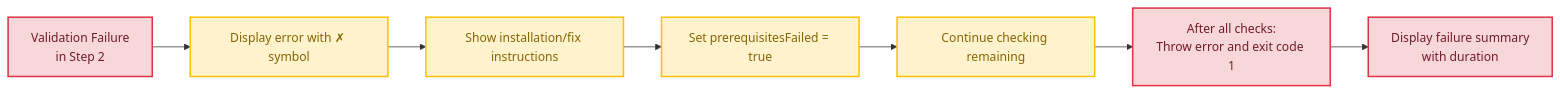
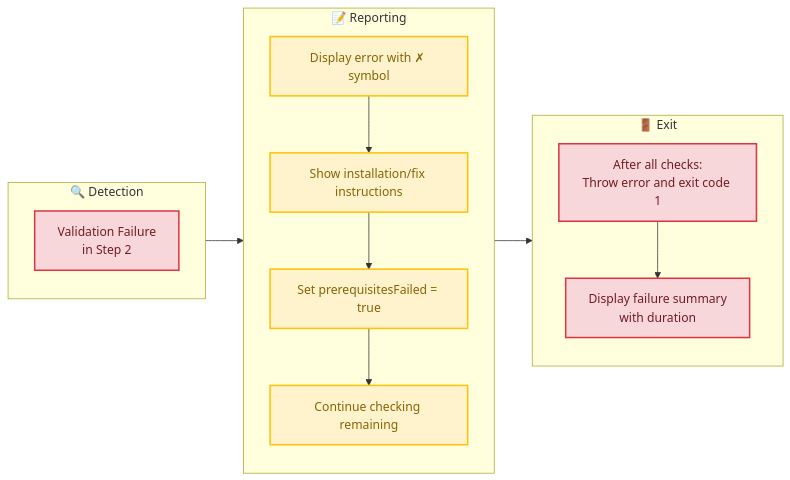
The fifth of 7 diagrams in docs/hooks/VALIDATION-WORKFLOW.md (Evilazaro/Azure-LogicApps-Monitoring), drawn with Mermaid before and after one commit. The commit also changed other lines of this file and 4 other files, not shown here.

Commit message:
Refactor workflow diagrams in multiple documentation files for improved clarity and structure

````diff
--- a/docs/hooks/VALIDATION-WORKFLOW.md
+++ b/docs/hooks/VALIDATION-WORKFLOW.md
@@ -241,16 +281,34 @@
 ```mermaid
 flowchart LR
-    Failure["Validation Failure<br/>in Step 2"]
-    Failure --> Display["Display error with ✗ symbol"]
-    Display --> Instructions["Show installation/fix instructions"]
-    Instructions --> SetFlag["Set prerequisitesFailed = true"]
-    SetFlag --> Continue["Continue checking remaining"]
-    Continue --> ThrowError["After all checks:<br/>Throw error and exit code 1"]
-    ThrowError --> FailureSummary["Display failure summary<br/>with duration"]
+    subgraph Detection["🔍 Detection"]
+        direction TB
+        Failure["Validation Failure<br/>in Step 2"]
+    end
+
+    subgraph Reporting["📝 Reporting"]
+        direction TB
+        Display["Display error with ✗ symbol"]
+        Instructions["Show installation/fix instructions"]
+        SetFlag["Set prerequisitesFailed = true"]
+        Continue["Continue checking remaining"]
+        Display --> Instructions
+        Instructions --> SetFlag
+        SetFlag --> Continue
+    end
+
+    subgraph ExitPhase["🚪 Exit"]
+        direction TB
+        ThrowError["After all checks:<br/>Throw error and exit code 1"]
+        FailureSummary["Display failure summary<br/>with duration"]
+        ThrowError --> FailureSummary
+    end
+
+    Detection --> Reporting
+    Reporting --> ExitPhase
 
     classDef failureClass fill:#f8d7da,stroke:#dc3545,stroke-width:2px,color:#721c24
     classDef processClass fill:#fff3cd,stroke:#ffc107,stroke-width:2px,color:#856404
 
     class Failure,ThrowError,FailureSummary failureClass
     class Display,Instructions,SetFlag,Continue processClass
 ```
````
